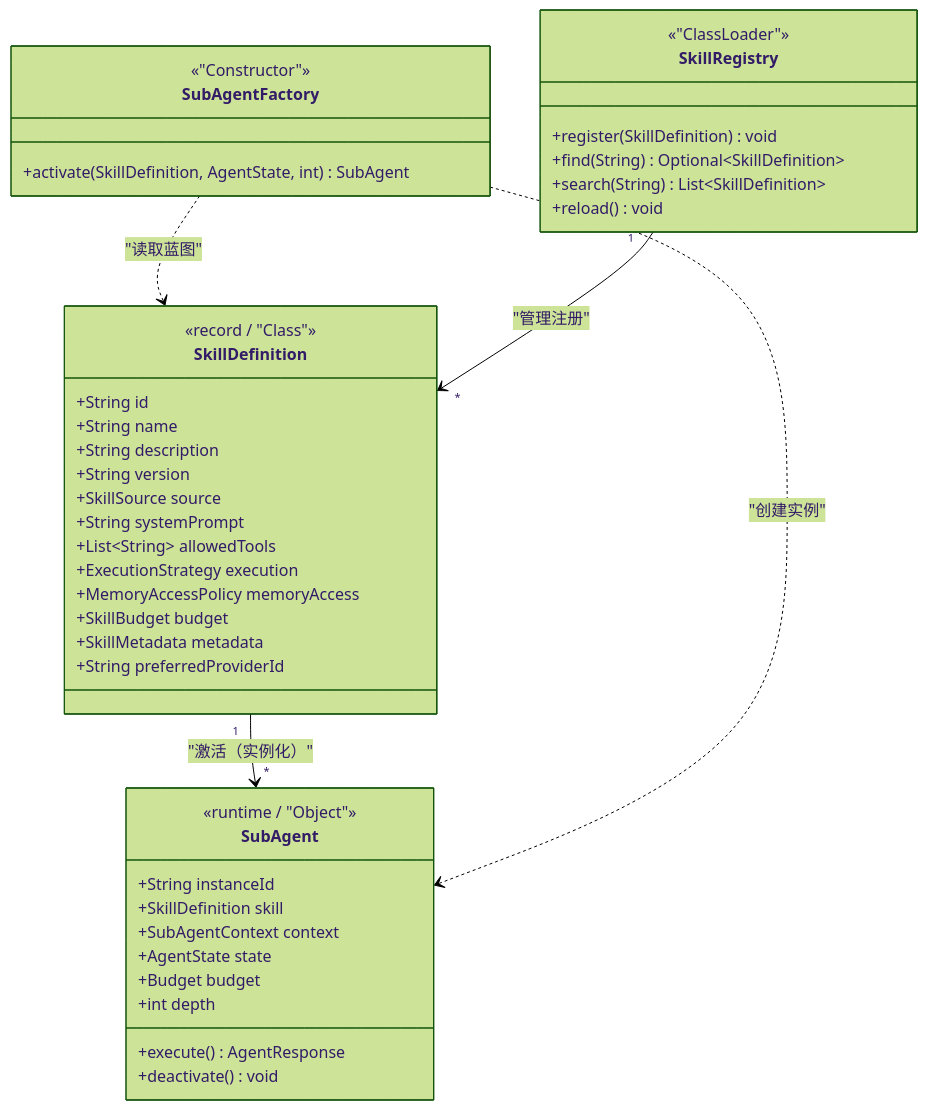
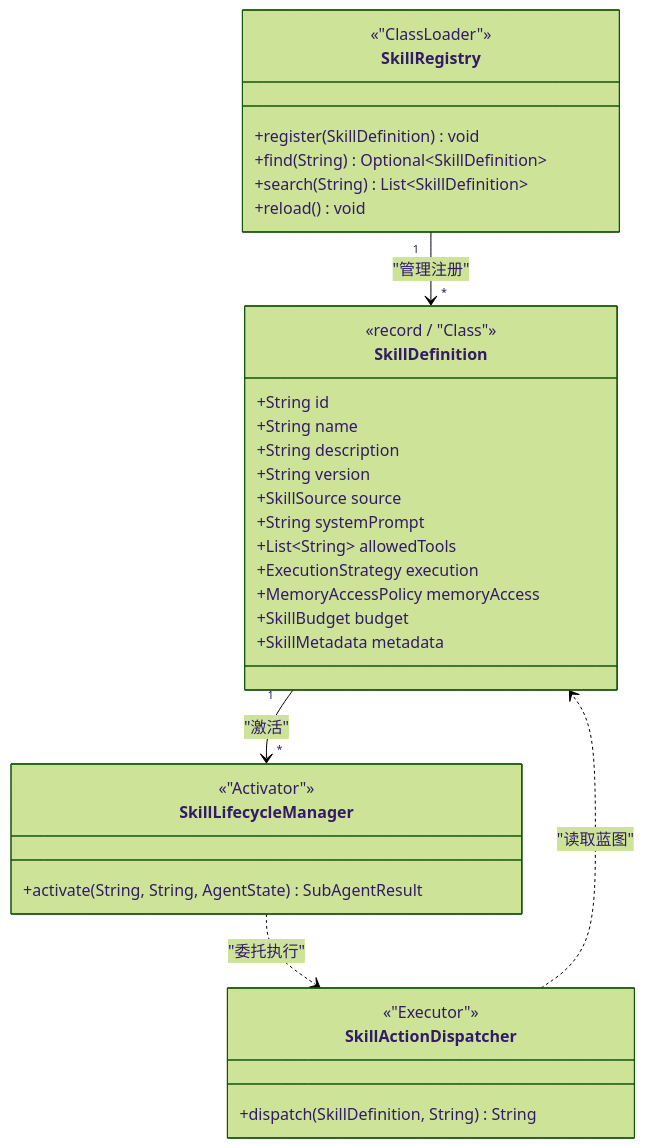
The first of 11 diagrams in docs/architecture/skill-system.md (ntygod/LifePilot), drawn with Mermaid (forest theme) before and after one commit. The commit also changed other lines of this file and 22 other files, not shown here.

Commit message:
refactor(skill): 移除 SubAgentFactory 回归 L1 确定性执行

````diff
--- a/docs/architecture/skill-system.md
+++ b/docs/architecture/skill-system.md
@@ -314,48 +314,40 @@
 ```mermaid
 classDiagram
     class SkillDefinition {
         <<record / "Class">>
         +String id
         +String name
         +String description
         +String version
         +SkillSource source
         +String systemPrompt
         +List~String~ allowedTools
         +ExecutionStrategy execution
         +MemoryAccessPolicy memoryAccess
         +SkillBudget budget
         +SkillMetadata metadata
-        +String preferredProviderId
     }
 
-    class SubAgent {
-        <<runtime / "Object">>
-        +String instanceId
-        +SkillDefinition skill
-        +SubAgentContext context
-        +AgentState state
-        +Budget budget
-        +int depth
-        +execute() AgentResponse
-        +deactivate() void
+    class SkillLifecycleManager {
+        <<"Activator">>
+        +activate(String, String, AgentState) SubAgentResult
     }
 
-    class SubAgentFactory {
-        <<"Constructor">>
-        +activate(SkillDefinition, AgentState, int) SubAgent
+    class SkillActionDispatcher {
+        <<"Executor">>
+        +dispatch(SkillDefinition, String) String
     }
 
     class SkillRegistry {
         <<"ClassLoader">>
         +register(SkillDefinition) void
         +find(String) Optional~SkillDefinition~
         +search(String) List~SkillDefinition~
         +reload() void
     }
 
-    SkillDefinition "1" --> "*" SubAgent : "激活（实例化）"
-    SubAgentFactory ..> SkillDefinition : "读取蓝图"
-    SubAgentFactory ..> SubAgent : "创建实例"
+    SkillDefinition "1" --> "*" SkillLifecycleManager : "激活"
+    SkillLifecycleManager ..> SkillActionDispatcher : "委托执行"
+    SkillActionDispatcher ..> SkillDefinition : "读取蓝图"
     SkillRegistry "1" --> "*" SkillDefinition : "管理注册"
 ```
````
